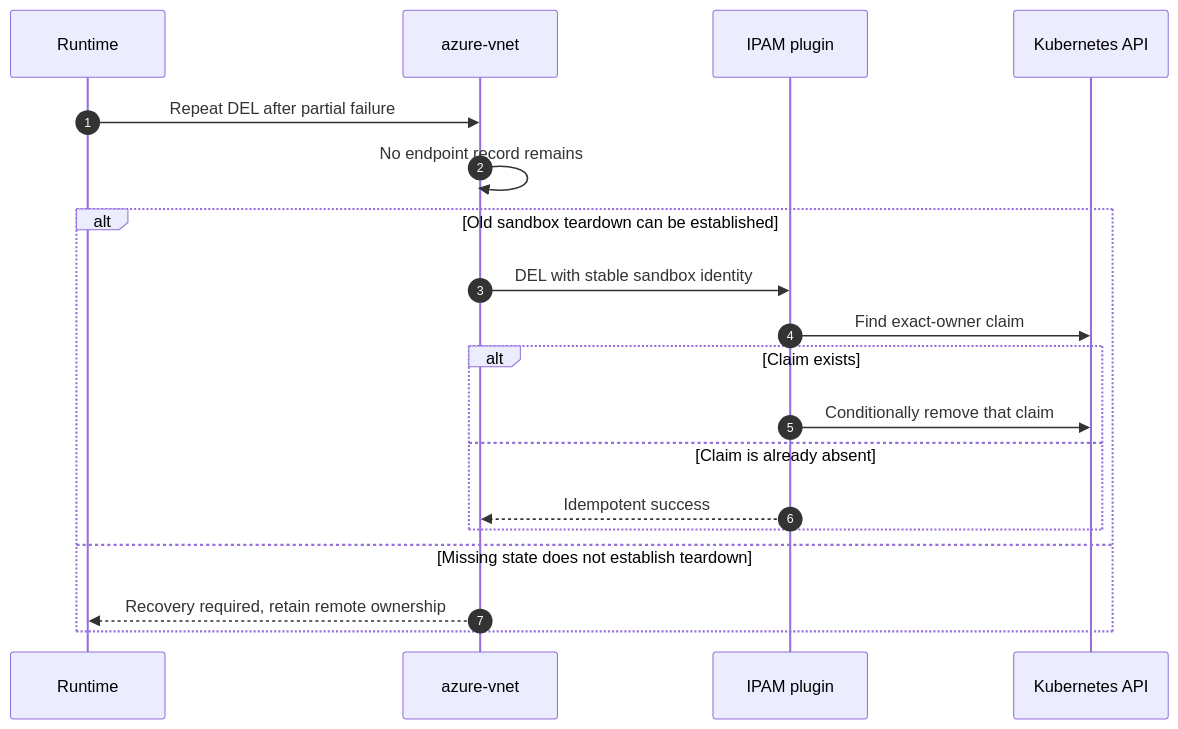
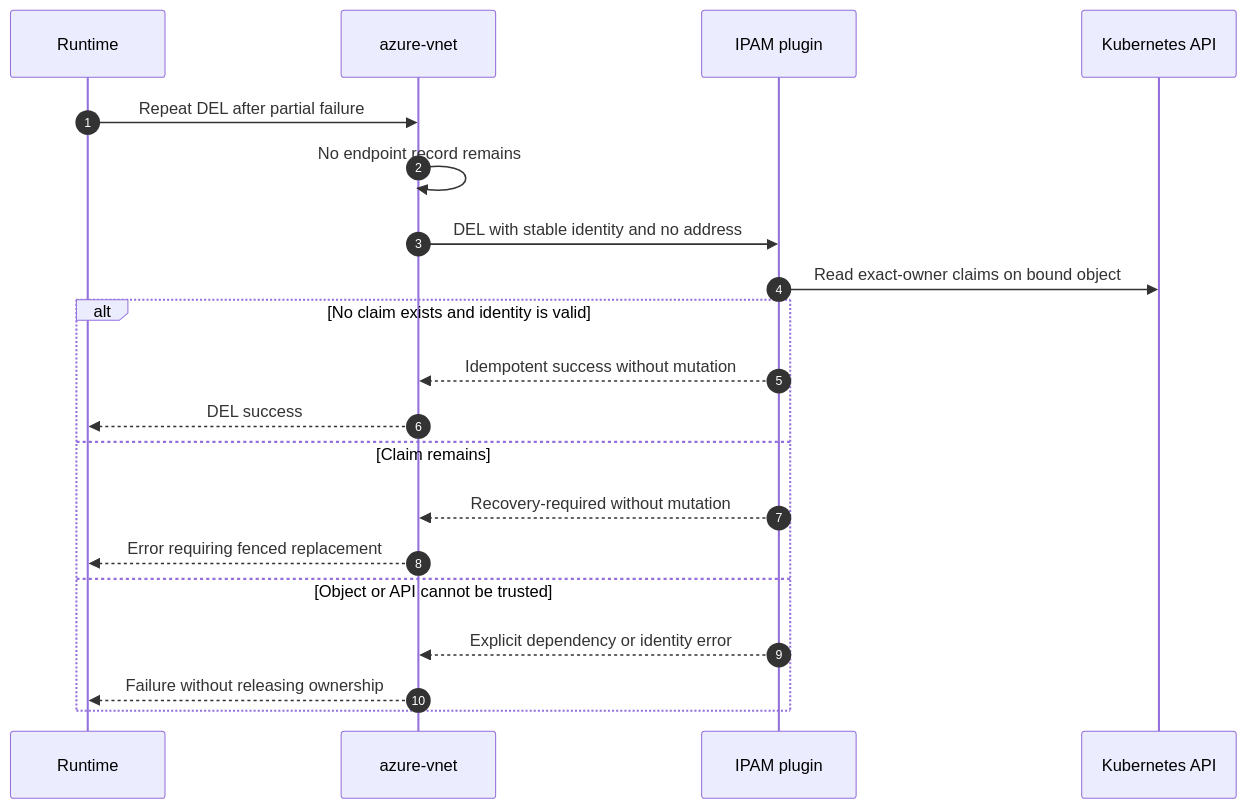
Diagram 17 of 52 in docs/cilium-operator-ipam.md (Azure/azure-container-networking), drawn with Mermaid before and after one commit. The commit also changed other lines of this file, not shown here.

First line of the commit message:
Define missing-state DEL recovery

````diff
--- a/docs/cilium-operator-ipam.md
+++ b/docs/cilium-operator-ipam.md
@@ -880,21 +916,22 @@
 ```mermaid
 sequenceDiagram
     autonumber
     participant R as Runtime
     participant C as azure-vnet
     participant I as IPAM plugin
     participant K as Kubernetes API
     R->>C: Repeat DEL after partial failure
     C->>C: No endpoint record remains
-    alt Old sandbox teardown can be established
-        C->>I: DEL with stable sandbox identity
-        I->>K: Find exact-owner claim
-        alt Claim exists
-            I->>K: Conditionally remove that claim
-        else Claim is already absent
-            I-->>C: Idempotent success
-        end
-    else Missing state does not establish teardown
-        C-->>R: Recovery required, retain remote ownership
+    C->>I: DEL with stable identity and no address
+    I->>K: Read exact-owner claims on bound object
+    alt No claim exists and identity is valid
+        I-->>C: Idempotent success without mutation
+        C-->>R: DEL success
+    else Claim remains
+        I-->>C: Recovery-required without mutation
+        C-->>R: Error requiring fenced replacement
+    else Object or API cannot be trusted
+        I-->>C: Explicit dependency or identity error
+        C-->>R: Failure without releasing ownership
     end
 ```
````
